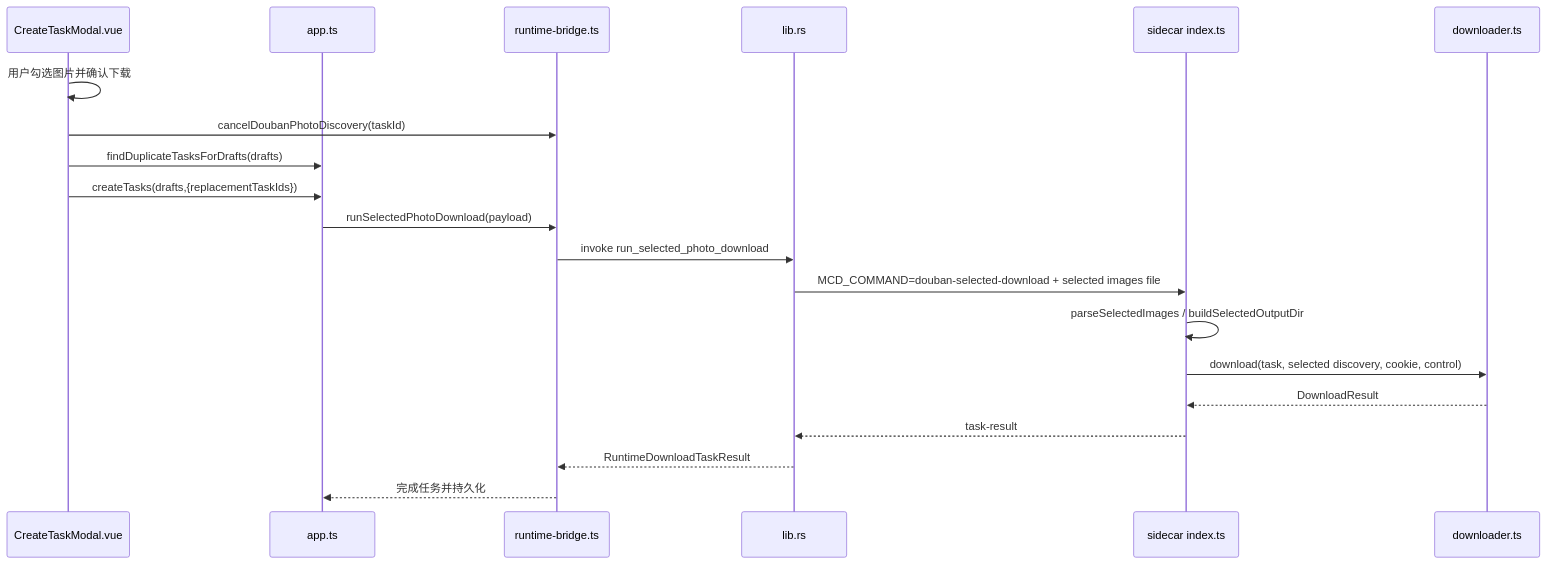
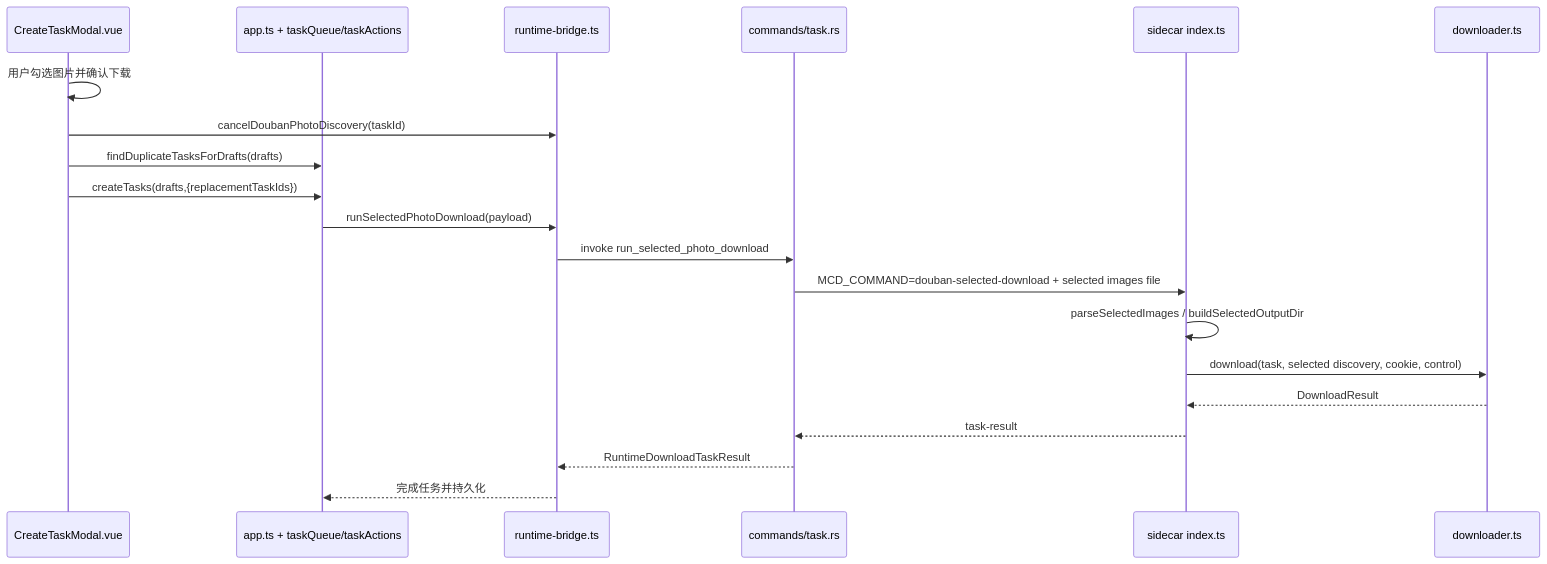
The fourth of 9 diagrams in docs/ai-context/runtime-flows.md (vdbvxcbcb/movie-cover-downloader), drawn with Mermaid before and after one commit. The commit also changed other lines of this file and 7 other files, not shown here.

````diff
--- a/docs/ai-context/runtime-flows.md
+++ b/docs/ai-context/runtime-flows.md
@@ -144,23 +160,23 @@
 ```mermaid
 sequenceDiagram
   participant Modal as CreateTaskModal.vue
-  participant Store as app.ts
+  participant Store as app.ts + taskQueue/taskActions
   participant Bridge as runtime-bridge.ts
-  participant Tauri as lib.rs
+  participant Tauri as commands/task.rs
   participant Sidecar as sidecar index.ts
   participant Downloader as downloader.ts
 
   Modal->>Modal: 用户勾选图片并确认下载
   Modal->>Bridge: cancelDoubanPhotoDiscovery(taskId)
   Modal->>Store: findDuplicateTasksForDrafts(drafts)
   Modal->>Store: createTasks(drafts,{replacementTaskIds})
   Store->>Bridge: runSelectedPhotoDownload(payload)
   Bridge->>Tauri: invoke run_selected_photo_download
   Tauri->>Sidecar: MCD_COMMAND=douban-selected-download + selected images file
   Sidecar->>Sidecar: parseSelectedImages / buildSelectedOutputDir
   Sidecar->>Downloader: download(task, selected discovery, cookie, control)
   Downloader-->>Sidecar: DownloadResult
   Sidecar-->>Tauri: task-result
   Tauri-->>Bridge: RuntimeDownloadTaskResult
   Bridge-->>Store: 完成任务并持久化
 ```
````
